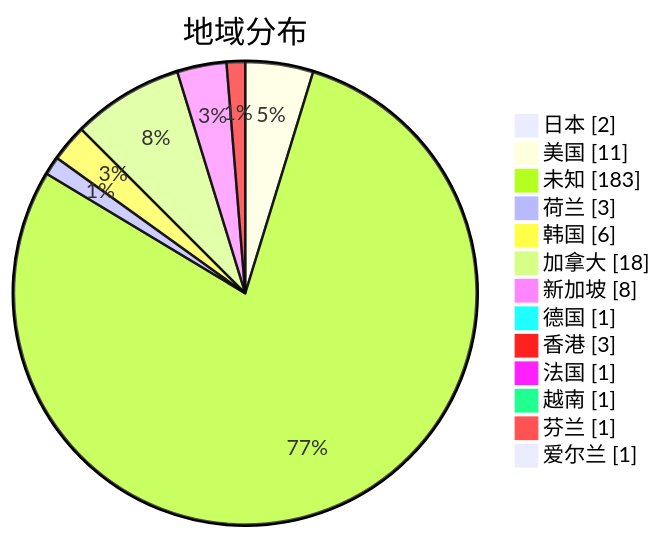
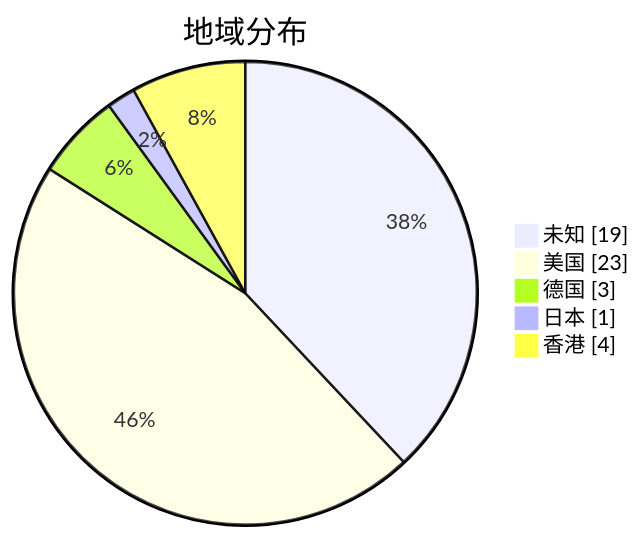
The second of 3 diagrams in subs/statistics/tested_within.md (sinspired/airport), drawn with Mermaid before and after one commit. The commit also changed other lines of this file and 2 other files, not shown here.

````diff
--- a/subs/statistics/tested_within.md
+++ b/subs/statistics/tested_within.md
@@ -17,17 +11,9 @@
 ```mermaid
 pie showData
 title 地域分布
-"日本" : 2
-"美国" : 11
-"未知" : 183
-"荷兰" : 3
-"韩国" : 6
-"加拿大" : 18
-"新加坡" : 8
-"德国" : 1
-"香港" : 3
-"法国" : 1
-"越南" : 1
-"芬兰" : 1
-"爱尔兰" : 1
+"未知" : 19
+"美国" : 23
+"德国" : 3
+"日本" : 1
+"香港" : 4
 ```
````
